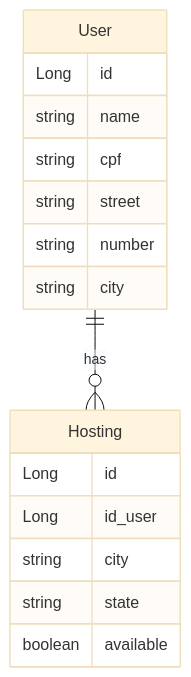
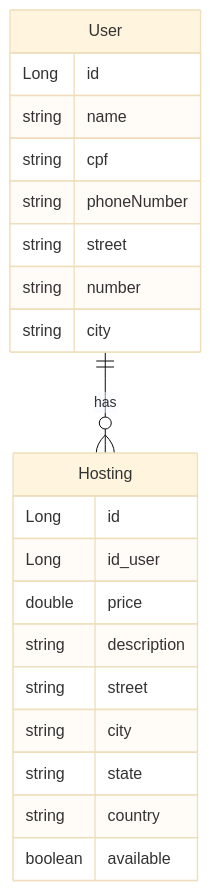
The diagram in README.md (brunopaz8/Hosting-system), drawn with Mermaid (base theme) before and after one commit. The commit also changed other lines of this file, not shown here.

````diff
--- a/README.md
+++ b/README.md
@@ -20,21 +21,26 @@
 ```mermaid
 erDiagram
     User {
         Long id
         string name
         string cpf
+        string phoneNumber
         string street
         string number
         string city
     }
 
     Hosting {
         Long id
         Long id_user
+        double price
+        string description
+        string street
         string city
         string state
+        string country
         boolean available
     }
 
     User ||--o{ Hosting : "has"
 ```
````
